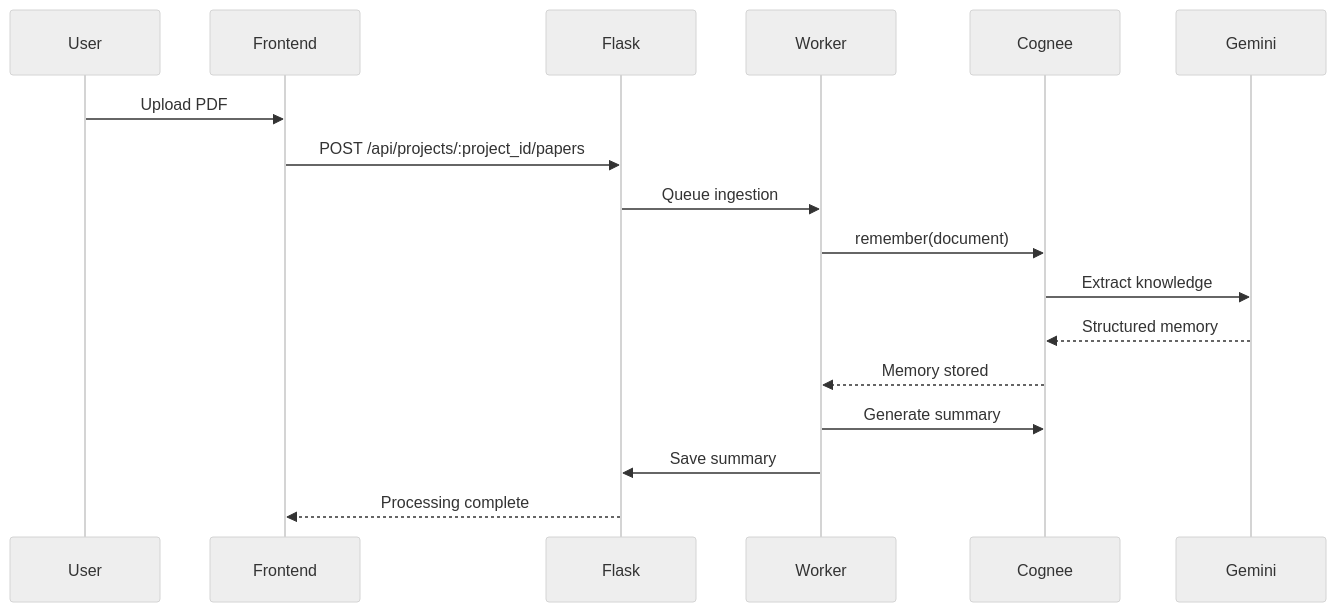
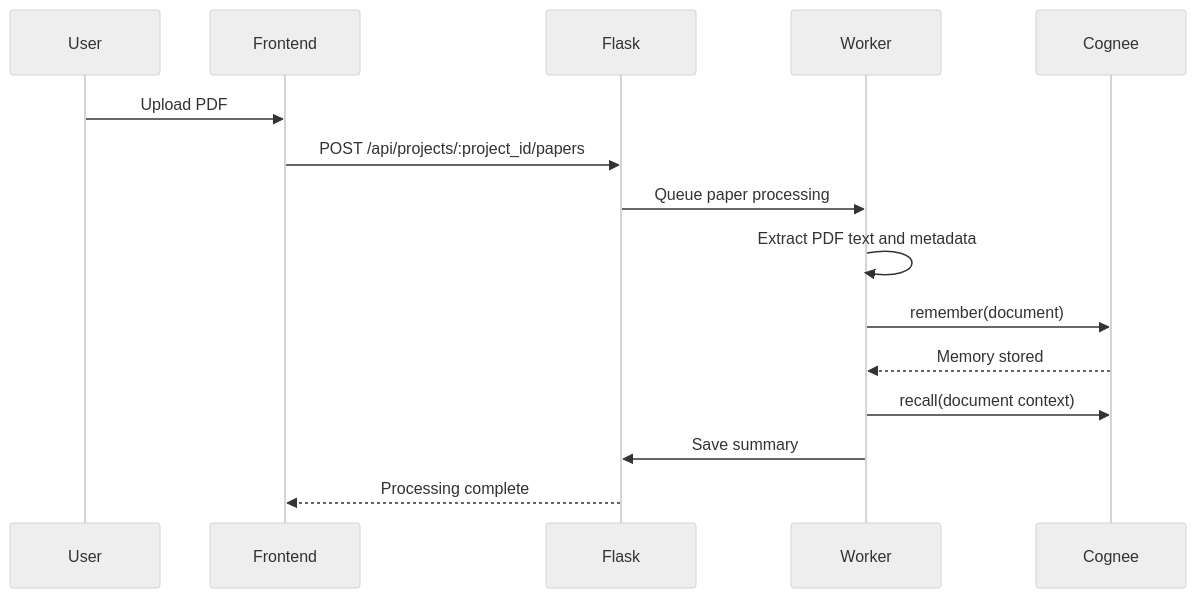
One commit to Sula-bh/researchos changed the second of 4 diagrams in README.md. Above: the diagram before and after it, drawn with Mermaid (neutral theme). The commit also changed other lines of this file, not shown here.

````diff
--- a/README.md
+++ b/README.md
@@ -48,20 +48,18 @@
 ``` mermaid
 sequenceDiagram
 participant User
 participant Frontend
 participant Flask
 participant Worker
 participant Cognee
-participant Gemini
 
 User->>Frontend: Upload PDF
 Frontend->>Flask: POST /api/projects/:project_id/papers
-Flask->>Worker: Queue ingestion
+Flask->>Worker: Queue paper processing
+Worker->>Worker: Extract PDF text and metadata
 Worker->>Cognee: remember(document)
-Cognee->>Gemini: Extract knowledge
-Gemini-->>Cognee: Structured memory
 Cognee-->>Worker: Memory stored
-Worker->>Cognee: Generate summary
+Worker->>Cognee: recall(document context)
 Worker->>Flask: Save summary
 Flask-->>Frontend: Processing complete
 ```
````
